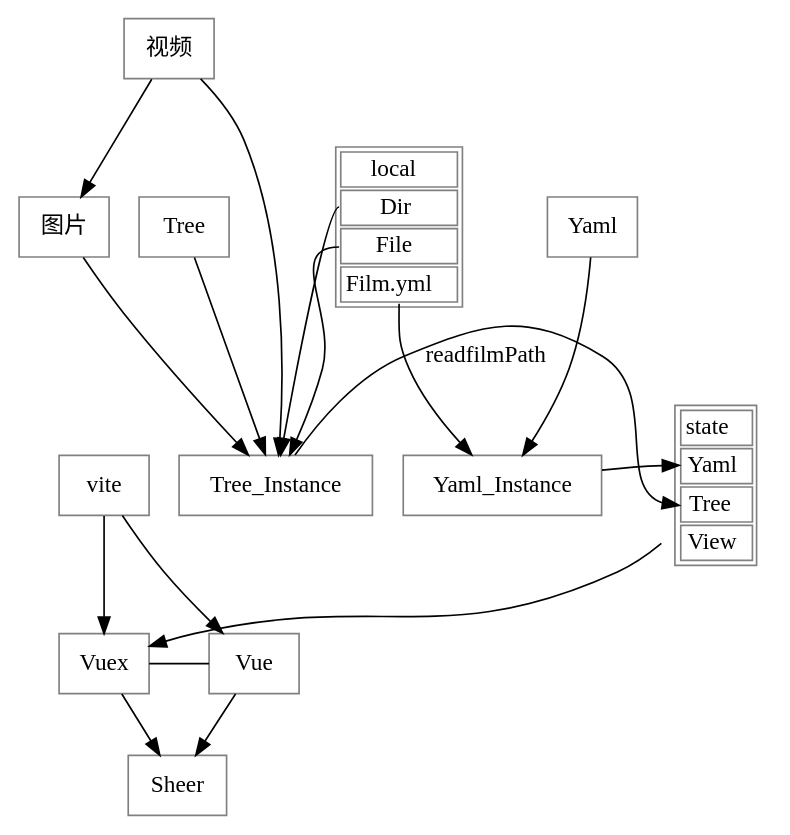
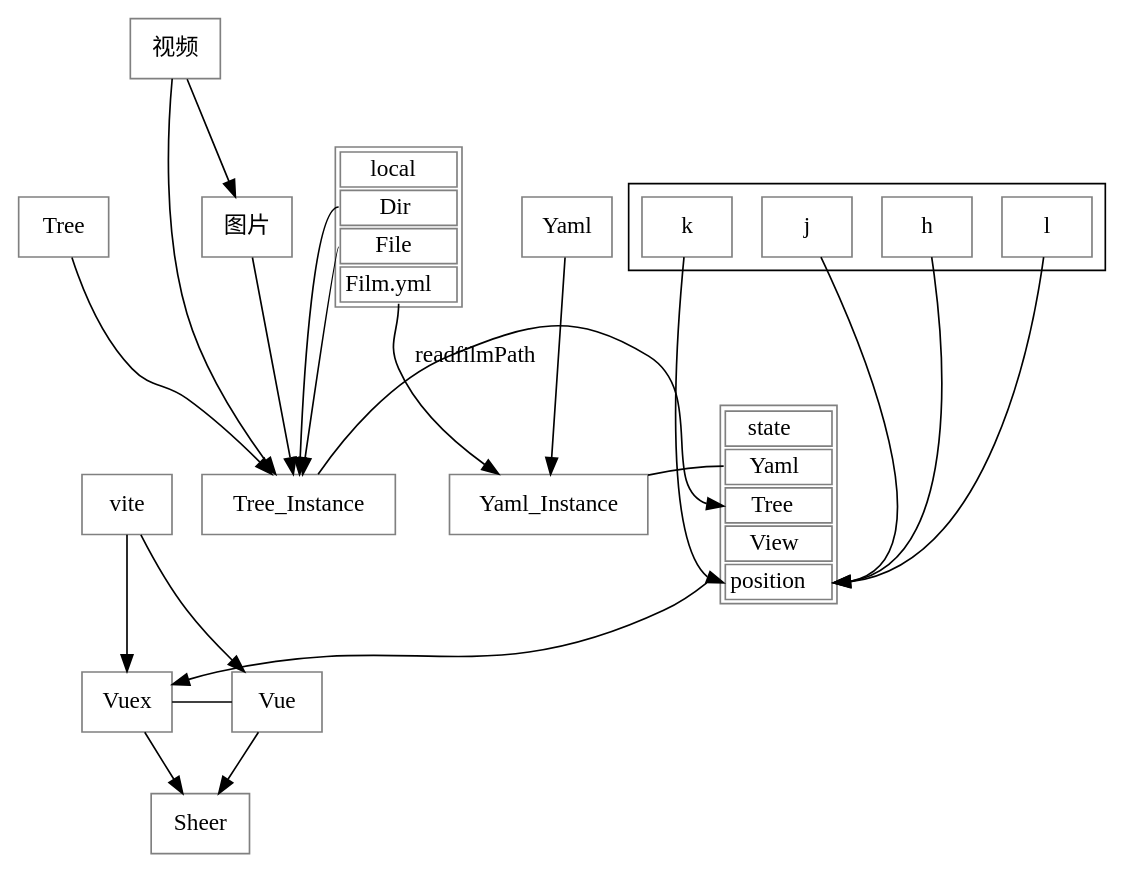
One commit to WingDust/Sheer changed the diagram in construct.dot. Above: the diagram before and after it, drawn with Graphviz. The commit also changed 7 other files, not shown here.

```diff
--- a/construct.dot
+++ b/construct.dot
@@ -1,84 +1,97 @@
 digraph construct {
     node [color=gray,shape=box];
     {rank=max;Sheer}
 
     local [
         shape = plaintext
         label =<
         <table border='1' cellborder='1'>
             <tr><td colspan="1">local</td></tr>
              <tr>
              <td port='port_one'>Dir</td>
             </tr>
              <tr>
              <td port='port_two'>File</td>
             </tr>
              <tr>
              <td port='port_three'>Film.yml</td>
             </tr>
         </table>
         >
     ];
     state [
         shape = plaintext
         label =<
         <table border='1' cellborder='1'>
             <tr><td colspan="1">state</td></tr>
              <tr>
              <td port='port_one'>Yaml</td>
             </tr>
              <tr>
              <td port='port_two'>Tree</td>
             </tr>
              <tr>
              <td port='port_three'>View</td>
             </tr>
+             <tr>
+             <td port='port_four'>position</td>
+            </tr>
         </table>
         >
     ];
-    subgraph cluster_Init{
+    subgraph cluster_vim{
+        l;
+        k;
+        j;
+        h;
+    }
+    h -> state:port_four
+    j -> state:port_four
+    k -> state:port_four
+    l -> state:port_four
+    subgraph cluster_init{
         label = "Init";
         Tree_Instance ;
         Yaml_Instance;
     }
 
     subgraph dependencies{
         // label="asd";
         // labelloc= "t";
         Vue;
         Vuex;
     }
     { rank=same; Vue Vuex };
     Vuex -> Vue[arrowhead=none];
     Vuex -> {Sheer};
     state -> Vuex;
     Vue -> Sheer ;
     vite -> Vue;
     vite -> Vuex;
 
     // subgraph cluster_p{
     subgraph cluster_datastructure{
         // label="ad";
         Tree
         Yaml
         pos = "1,2!"
     }
     // { rank=  };
     { rank=same; Tree Yaml };
     { rank=same; Tree_Instance Yaml_Instance state};
     Tree -> Tree_Instance;
     Yaml -> Yaml_Instance;
     {Tree_Instance} -> state:port_two;
     Yaml_Instance -> state:port_one;
     // Tree_Instance -> local
 
     local:port_one -> Tree_Instance;
     local:port_two -> Tree_Instance;
     local:port_three -> Yaml_Instance[label="readfilmPath"];
 
     {rank = some; 视频 图片}
     视频 -> 图片
     {视频,图片} -> Tree_Instance
 
 
 }
```
